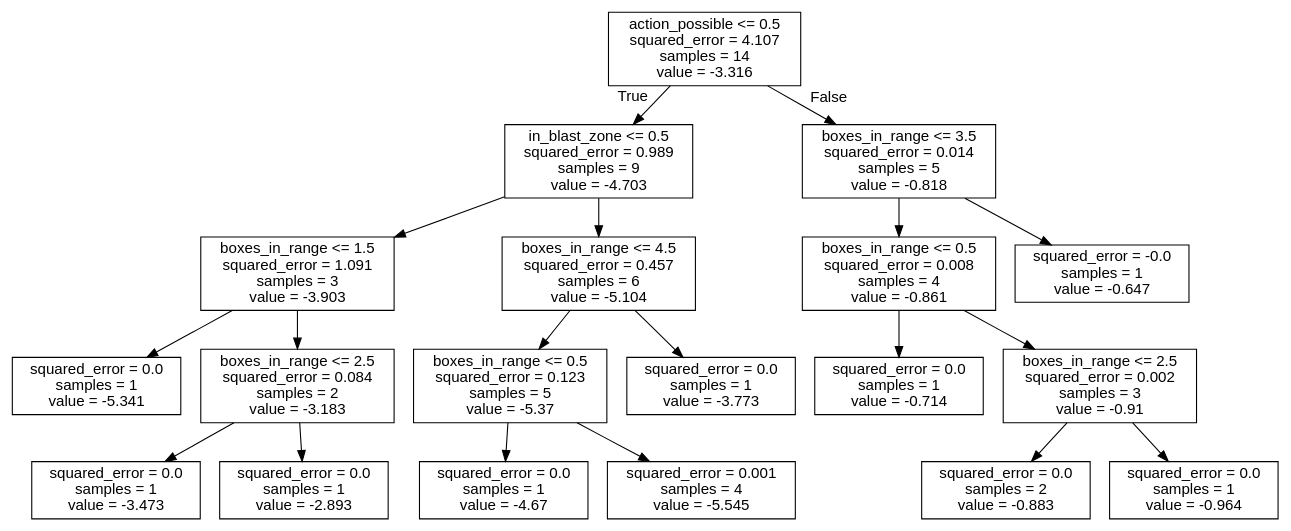
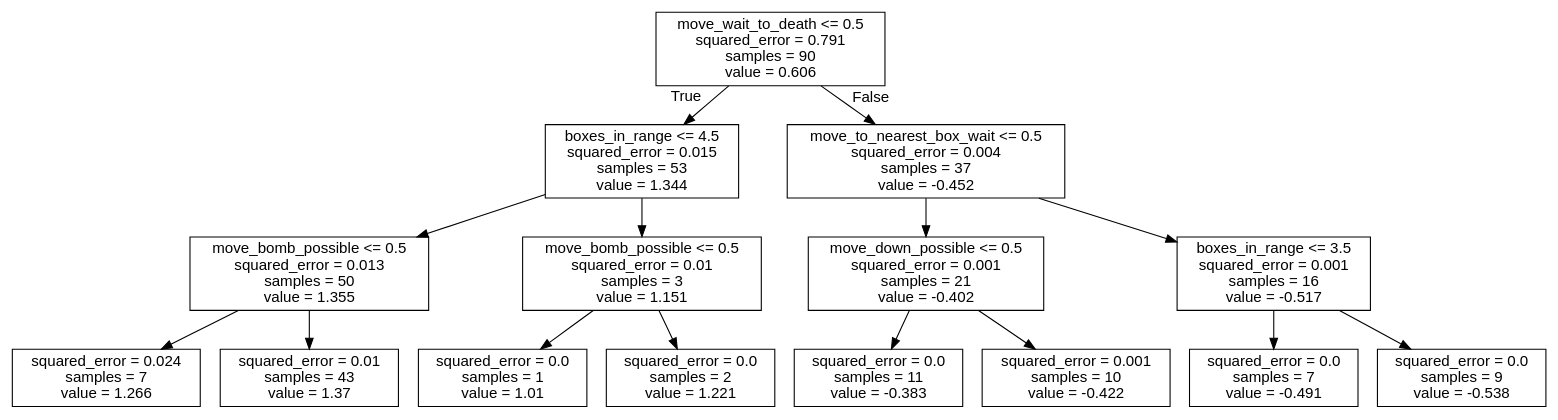
One commit to J-Gann/FML changed the diagram in bomberman_rl/agent_code/my_agent/trees/BOMB.dot. Above: the diagram before and after it, drawn with Graphviz. The commit also changed 13 other files, not shown here.

```diff
--- a/bomberman_rl/agent_code/my_agent/trees/BOMB.dot
+++ b/bomberman_rl/agent_code/my_agent/trees/BOMB.dot
@@ -1,41 +1,33 @@
 digraph Tree {
 node [shape=box, fontname="helvetica"] ;
 edge [fontname="helvetica"] ;
-0 [label="action_possible <= 0.5\nsquared_error = 4.107\nsamples = 14\nvalue = -3.316"] ;
-1 [label="in_blast_zone <= 0.5\nsquared_error = 0.989\nsamples = 9\nvalue = -4.703"] ;
+0 [label="move_wait_to_death <= 0.5\nsquared_error = 0.791\nsamples = 90\nvalue = 0.606"] ;
+1 [label="boxes_in_range <= 4.5\nsquared_error = 0.015\nsamples = 53\nvalue = 1.344"] ;
 0 -> 1 [labeldistance=2.5, labelangle=45, headlabel="True"] ;
-2 [label="boxes_in_range <= 1.5\nsquared_error = 1.091\nsamples = 3\nvalue = -3.903"] ;
+2 [label="move_bomb_possible <= 0.5\nsquared_error = 0.013\nsamples = 50\nvalue = 1.355"] ;
 1 -> 2 ;
-3 [label="squared_error = 0.0\nsamples = 1\nvalue = -5.341"] ;
+3 [label="squared_error = 0.024\nsamples = 7\nvalue = 1.266"] ;
 2 -> 3 ;
-4 [label="boxes_in_range <= 2.5\nsquared_error = 0.084\nsamples = 2\nvalue = -3.183"] ;
+4 [label="squared_error = 0.01\nsamples = 43\nvalue = 1.37"] ;
 2 -> 4 ;
-5 [label="squared_error = 0.0\nsamples = 1\nvalue = -3.473"] ;
-4 -> 5 ;
-6 [label="squared_error = 0.0\nsamples = 1\nvalue = -2.893"] ;
-4 -> 6 ;
-7 [label="boxes_in_range <= 4.5\nsquared_error = 0.457\nsamples = 6\nvalue = -5.104"] ;
-1 -> 7 ;
-8 [label="boxes_in_range <= 0.5\nsquared_error = 0.123\nsamples = 5\nvalue = -5.37"] ;
-7 -> 8 ;
-9 [label="squared_error = 0.0\nsamples = 1\nvalue = -4.67"] ;
+5 [label="move_bomb_possible <= 0.5\nsquared_error = 0.01\nsamples = 3\nvalue = 1.151"] ;
+1 -> 5 ;
+6 [label="squared_error = 0.0\nsamples = 1\nvalue = 1.01"] ;
+5 -> 6 ;
+7 [label="squared_error = 0.0\nsamples = 2\nvalue = 1.221"] ;
+5 -> 7 ;
+8 [label="move_to_nearest_box_wait <= 0.5\nsquared_error = 0.004\nsamples = 37\nvalue = -0.452"] ;
+0 -> 8 [labeldistance=2.5, labelangle=-45, headlabel="False"] ;
+9 [label="move_down_possible <= 0.5\nsquared_error = 0.001\nsamples = 21\nvalue = -0.402"] ;
 8 -> 9 ;
-10 [label="squared_error = 0.001\nsamples = 4\nvalue = -5.545"] ;
-8 -> 10 ;
-11 [label="squared_error = 0.0\nsamples = 1\nvalue = -3.773"] ;
-7 -> 11 ;
-12 [label="boxes_in_range <= 3.5\nsquared_error = 0.014\nsamples = 5\nvalue = -0.818"] ;
-0 -> 12 [labeldistance=2.5, labelangle=-45, headlabel="False"] ;
-13 [label="boxes_in_range <= 0.5\nsquared_error = 0.008\nsamples = 4\nvalue = -0.861"] ;
+10 [label="squared_error = 0.0\nsamples = 11\nvalue = -0.383"] ;
+9 -> 10 ;
+11 [label="squared_error = 0.001\nsamples = 10\nvalue = -0.422"] ;
+9 -> 11 ;
+12 [label="boxes_in_range <= 3.5\nsquared_error = 0.001\nsamples = 16\nvalue = -0.517"] ;
+8 -> 12 ;
+13 [label="squared_error = 0.0\nsamples = 7\nvalue = -0.491"] ;
 12 -> 13 ;
-14 [label="squared_error = 0.0\nsamples = 1\nvalue = -0.714"] ;
-13 -> 14 ;
-15 [label="boxes_in_range <= 2.5\nsquared_error = 0.002\nsamples = 3\nvalue = -0.91"] ;
-13 -> 15 ;
-16 [label="squared_error = 0.0\nsamples = 2\nvalue = -0.883"] ;
-15 -> 16 ;
-17 [label="squared_error = 0.0\nsamples = 1\nvalue = -0.964"] ;
-15 -> 17 ;
-18 [label="squared_error = -0.0\nsamples = 1\nvalue = -0.647"] ;
-12 -> 18 ;
+14 [label="squared_error = 0.0\nsamples = 9\nvalue = -0.538"] ;
+12 -> 14 ;
 }
```
